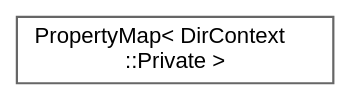
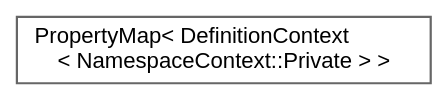
The diagram in inherit_graph_604.dot (tim-gromeyer/doxygen), drawn with Graphviz before and after one commit. The commit also changed 3612 other files, not shown here.

```diff
--- a/inherit_graph_604.dot
+++ b/inherit_graph_604.dot
@@ -1,10 +1,10 @@
 digraph "Graphical Class Hierarchy"
 {
  // INTERACTIVE_SVG=YES
  // LATEX_PDF_SIZE
   bgcolor="transparent";
   edge [fontname=Helvetica,fontsize=10,labelfontname=Helvetica,labelfontsize=10];
   node [fontname=Helvetica,fontsize=10,shape=box,height=0.2,width=0.4];
   rankdir="LR";
-  Node0 [label="PropertyMap\< DirContext\l::Private \>",height=0.2,width=0.4,color="grey40", fillcolor="white", style="filled",URL="$d5/dbf/class_property_map.html",tooltip=" "];
+  Node0 [label="PropertyMap\< DefinitionContext\l\< NamespaceContext::Private \> \>",height=0.2,width=0.4,color="grey40", fillcolor="white", style="filled",URL="$d5/dbf/class_property_map.html",tooltip=" "];
 }
```
